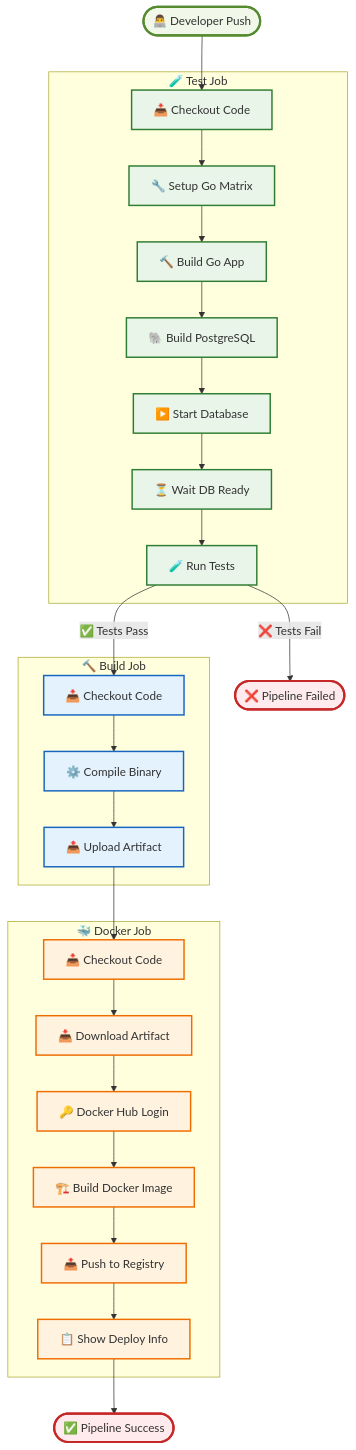
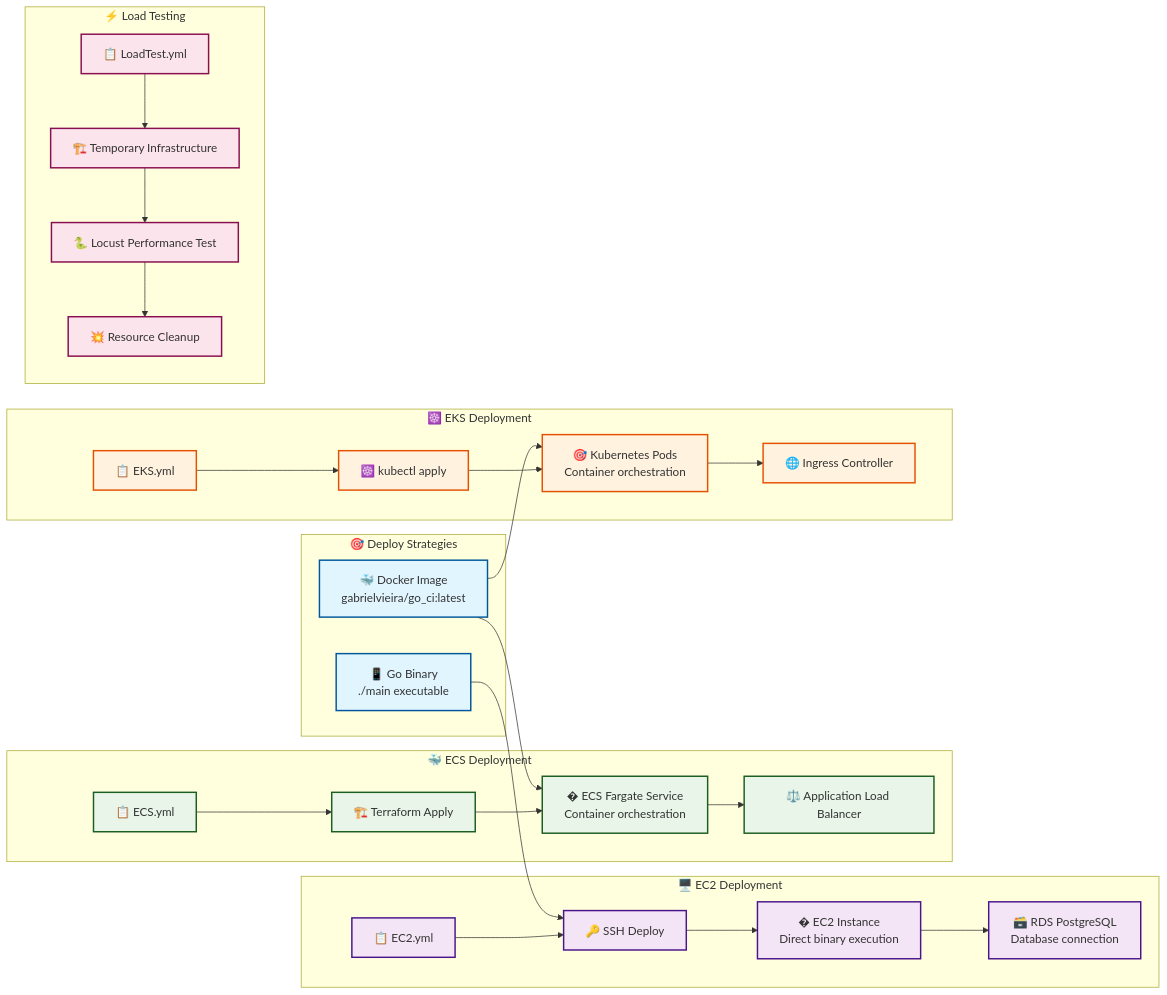
The second of 10 diagrams in ARCHITECTURE.md (gabrielvieira1/integracao-continua-docker-github-actions), drawn with Mermaid before and after one commit. The commit also changed other lines of this file and 5 other files, not shown here.

````diff
--- a/ARCHITECTURE.md
+++ b/ARCHITECTURE.md
@@ -75,68 +219,68 @@
 ```mermaid
-flowchart TD
-    START([👨‍💻 Developer Push])
+flowchart LR
+    subgraph "🎯 Deploy Strategies"
+        DOCKER_IMAGE[🐳 Docker Image<br/>gabrielvieira/go_ci:latest]
+        GO_BINARY[📱 Go Binary<br/>./main executable]
+    end
     
-    subgraph "🧪 Test Job"
-        CHECKOUT1[📥 Checkout Code]
-        SETUP_GO[🔧 Setup Go Matrix]
-        BUILD_APP[🔨 Build Go App]
-        BUILD_DB[🐘 Build PostgreSQL]
-        START_DB[▶️ Start Database]
-        WAIT_DB[⏳ Wait DB Ready]
-        RUN_TESTS[🧪 Run Tests]
+    subgraph "🖥️ EC2 Deployment"
+        EC2_WORKFLOW[📋 EC2.yml]
+        EC2_SSH[🔑 SSH Deploy]
+        EC2_INSTANCE[�️ EC2 Instance<br/>Direct binary execution]
+        EC2_RDS[🗃️ RDS PostgreSQL<br/>Database connection]
+    end
+    
+    subgraph "🐳 ECS Deployment"
+        ECS_WORKFLOW[📋 ECS.yml]
+        ECS_TERRAFORM[🏗️ Terraform Apply]
+        ECS_SERVICE[� ECS Fargate Service<br/>Container orchestration]
+        ECS_ALB[⚖️ Application Load Balancer]
+    end
+    
+    subgraph "☸️ EKS Deployment"
+        EKS_WORKFLOW[📋 EKS.yml]
+        EKS_KUBECTL[☸️ kubectl apply]
+        EKS_PODS[🎯 Kubernetes Pods<br/>Container orchestration]
+        EKS_INGRESS[🌐 Ingress Controller]
+    end
+    
+    subgraph "⚡ Load Testing"
+        LOAD_WORKFLOW[📋 LoadTest.yml]
+        TEMP_INFRA[🏗️ Temporary Infrastructure]
+        LOCUST_TEST[🐍 Locust Performance Test]
+        CLEANUP[💥 Resource Cleanup]
     end
 
-    subgraph "🔨 Build Job"
-        CHECKOUT2[📥 Checkout Code]
-        COMPILE[⚙️ Compile Binary]
-        UPLOAD[📤 Upload Artifact]
-    end
-
-    subgraph "🐳 Docker Job"
-        CHECKOUT3[📥 Checkout Code]
-        DOWNLOAD[📥 Download Artifact]
-        DOCKER_LOGIN[🔑 Docker Hub Login]
-        DOCKER_BUILD[🏗️ Build Docker Image]
-        DOCKER_PUSH[📤 Push to Registry]
-        DEPLOY_INFO[📋 Show Deploy Info]
-    end
-
-    SUCCESS([✅ Pipeline Success])
-    FAIL([❌ Pipeline Failed])
-
-    %% Fluxo principal
-    START --> CHECKOUT1
-    CHECKOUT1 --> SETUP_GO
-    SETUP_GO --> BUILD_APP
-    BUILD_APP --> BUILD_DB
-    BUILD_DB --> START_DB
-    START_DB --> WAIT_DB
-    WAIT_DB --> RUN_TESTS
+    %% Connections
+    GO_BINARY --> EC2_SSH
+    EC2_WORKFLOW --> EC2_SSH
+    EC2_SSH --> EC2_INSTANCE
+    EC2_INSTANCE --> EC2_RDS
     
-    RUN_TESTS -->|✅ Tests Pass| CHECKOUT2
-    RUN_TESTS -->|❌ Tests Fail| FAIL
+    DOCKER_IMAGE --> ECS_SERVICE
+    ECS_WORKFLOW --> ECS_TERRAFORM
+    ECS_TERRAFORM --> ECS_SERVICE
+    ECS_SERVICE --> ECS_ALB
     
-    CHECKOUT2 --> COMPILE
-    COMPILE --> UPLOAD
+    DOCKER_IMAGE --> EKS_PODS
+    EKS_WORKFLOW --> EKS_KUBECTL
+    EKS_KUBECTL --> EKS_PODS
+    EKS_PODS --> EKS_INGRESS
     
-    UPLOAD --> CHECKOUT3
-    CHECKOUT3 --> DOWNLOAD
-    DOWNLOAD --> DOCKER_LOGIN
-    DOCKER_LOGIN --> DOCKER_BUILD
-    DOCKER_BUILD --> DOCKER_PUSH
-    DOCKER_PUSH --> DEPLOY_INFO
-    DEPLOY_INFO --> SUCCESS
+    LOAD_WORKFLOW --> TEMP_INFRA
+    TEMP_INFRA --> LOCUST_TEST
+    LOCUST_TEST --> CLEANUP
 
     %% Styling
-    classDef testClass fill:#e8f5e8,stroke:#2e7d32,stroke-width:2px
-    classDef buildClass fill:#e3f2fd,stroke:#1565c0,stroke-width:2px
-    classDef dockerClass fill:#fff3e0,stroke:#ef6c00,stroke-width:2px
-    classDef startClass fill:#f1f8e9,stroke:#558b2f,stroke-width:3px
-    classDef endClass fill:#ffebee,stroke:#c62828,stroke-width:3px
+    classDef imageClass fill:#e1f5fe,stroke:#01579b,stroke-width:2px
+    classDef ec2Class fill:#f3e5f5,stroke:#4a148c,stroke-width:2px
+    classDef ecsClass fill:#e8f5e8,stroke:#1b5e20,stroke-width:2px
+    classDef eksClass fill:#fff3e0,stroke:#e65100,stroke-width:2px
+    classDef loadClass fill:#fce4ec,stroke:#880e4f,stroke-width:2px
 
-    class CHECKOUT1,SETUP_GO,BUILD_APP,BUILD_DB,START_DB,WAIT_DB,RUN_TESTS testClass
-    class CHECKOUT2,COMPILE,UPLOAD buildClass
-    class CHECKOUT3,DOWNLOAD,DOCKER_LOGIN,DOCKER_BUILD,DOCKER_PUSH,DEPLOY_INFO dockerClass
-    class START startClass
-    class SUCCESS,FAIL endClass
+    class DOCKER_IMAGE,GO_BINARY imageClass
+    class EC2_WORKFLOW,EC2_SSH,EC2_INSTANCE,EC2_RDS ec2Class
+    class ECS_WORKFLOW,ECS_TERRAFORM,ECS_SERVICE,ECS_ALB ecsClass
+    class EKS_WORKFLOW,EKS_KUBECTL,EKS_PODS,EKS_INGRESS eksClass
+    class LOAD_WORKFLOW,TEMP_INFRA,LOCUST_TEST,CLEANUP loadClass
 ```
````
